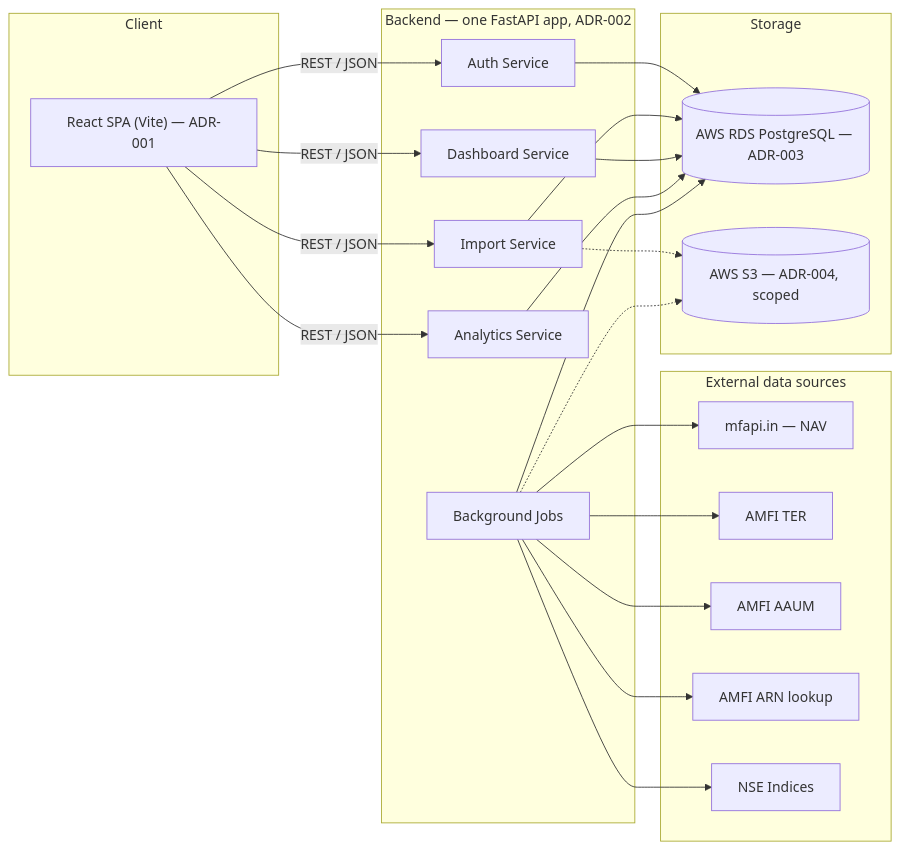
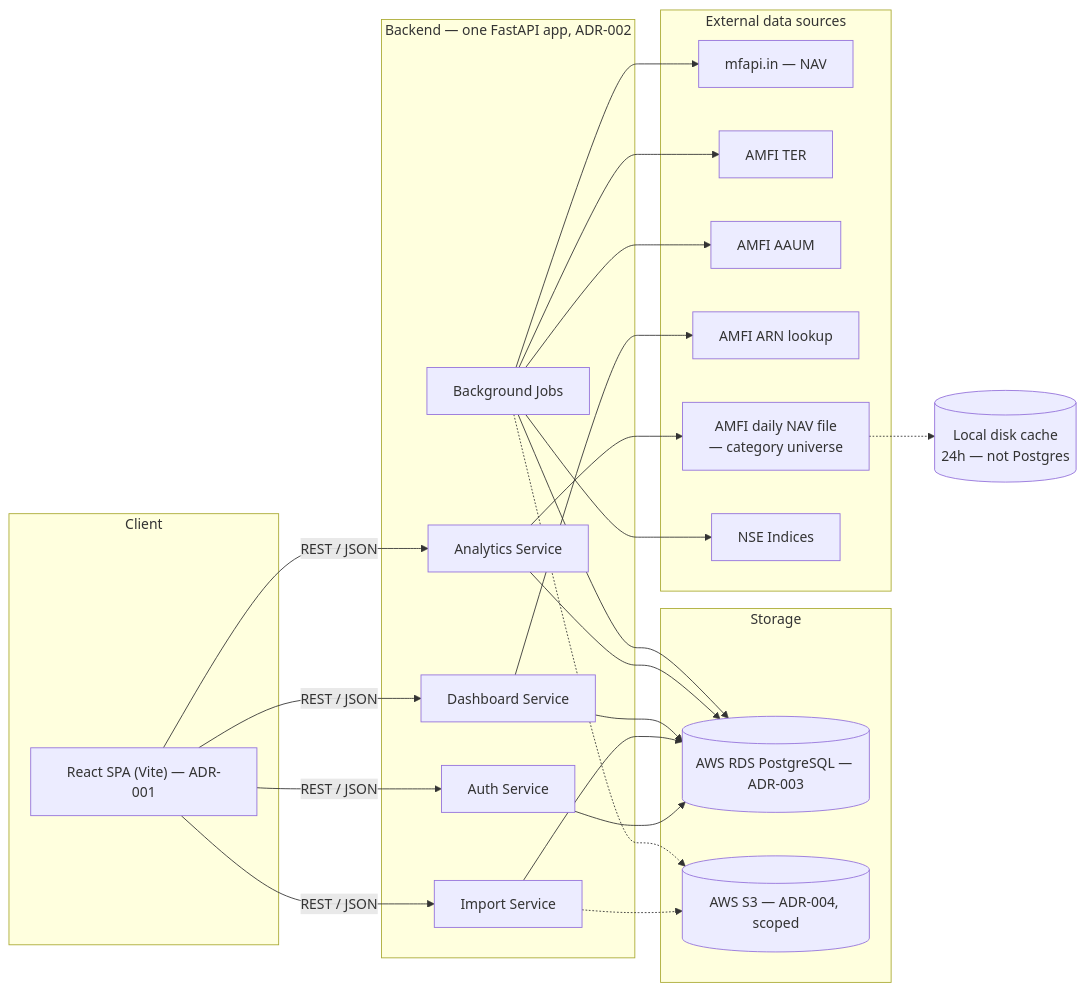
One commit to ayushkarnawat/Unifolio-Notes changed the diagram in 06-architecture/building-blocks.md. Above: the diagram before and after it, drawn with Mermaid. The commit also changed other lines of this file and 77 other files, not shown here.

````diff
--- a/06-architecture/building-blocks.md
+++ b/06-architecture/building-blocks.md
@@ -6,46 +6,49 @@
 ```mermaid
 flowchart LR
     subgraph Client["Client"]
         SPA["React SPA (Vite) — ADR-001"]
     end
 
     subgraph Backend["Backend — one FastAPI app, ADR-002"]
         Auth["Auth Service"]
         Import["Import Service"]
         Dashboard["Dashboard Service"]
         Analytics["Analytics Service"]
         Jobs["Background Jobs"]
     end
 
     subgraph Storage["Storage"]
         RDS[("AWS RDS PostgreSQL — ADR-003")]
         S3[("AWS S3 — ADR-004, scoped")]
     end
 
     subgraph External["External data sources"]
         MFAPI["mfapi.in — NAV"]
         AMFITER["AMFI TER"]
         AMFIAAUM["AMFI AAUM"]
         AMFIARN["AMFI ARN lookup"]
+        AMFICAT["AMFI daily NAV file\n— category universe"]
         NSE["NSE Indices"]
     end
 
     SPA -- "REST / JSON" --> Auth
     SPA -- "REST / JSON" --> Import
     SPA -- "REST / JSON" --> Dashboard
     SPA -- "REST / JSON" --> Analytics
 
     Auth --> RDS
     Import --> RDS
     Import -.-> S3
     Dashboard --> RDS
     Analytics --> RDS
 
     Jobs --> MFAPI
     Jobs --> AMFITER
     Jobs --> AMFIAAUM
-    Jobs --> AMFIARN
     Jobs --> NSE
     Jobs --> RDS
     Jobs -.-> S3
+    Dashboard --> AMFIARN
+    Analytics --> AMFICAT
+    AMFICAT -.-> DiskCache[("Local disk cache\n24h — not Postgres")]
 ```
````
